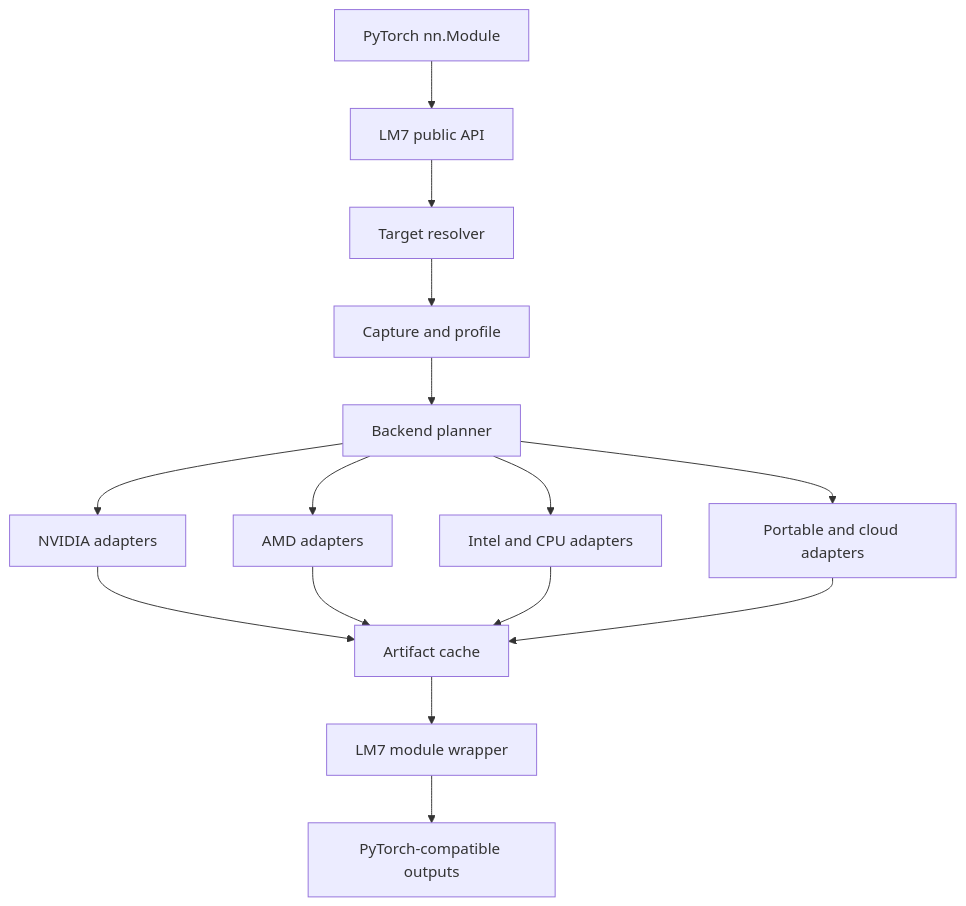
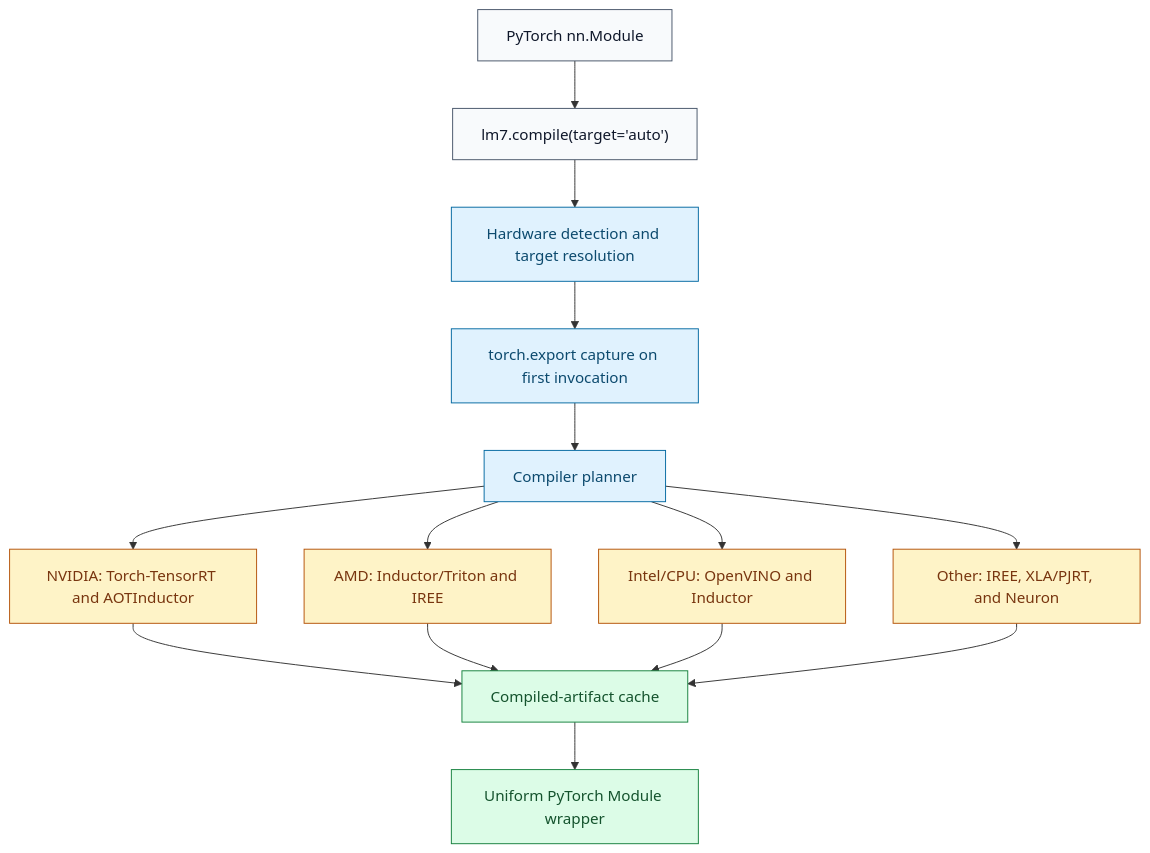
Before and after one commit to lmontigny/lm7: the first of 5 diagrams in docs/architecture_details.md, drawn with Mermaid. The commit also changed other lines of this file, not shown here.

````diff
--- a/docs/architecture_details.md
+++ b/docs/architecture_details.md
@@ -155,20 +159,35 @@
 ```mermaid
 flowchart TD
-    A["PyTorch nn.Module"] --> B["LM7 public API"]
-    B --> C["Target resolver"]
-    C --> D["Capture and profile"]
-    D --> E["Backend planner"]
+    A["PyTorch nn.Module"]
+    B["lm7.compile(target='auto')"]
+    C["Hardware detection and target resolution"]
+    D["torch.export capture on first invocation"]
+    E["Compiler planner"]
 
-    E --> F["NVIDIA adapters"]
-    E --> G["AMD adapters"]
-    E --> H["Intel and CPU adapters"]
-    E --> I["Portable and cloud adapters"]
+    A --> B
+    B --> C
+    C --> D
+    D --> E
 
-    F --> J["Artifact cache"]
+    E --> F["NVIDIA: Torch-TensorRT and AOTInductor"]
+    E --> G["AMD: Inductor/Triton and IREE"]
+    E --> H["Intel/CPU: OpenVINO and Inductor"]
+    E --> I["Other: IREE, XLA/PJRT, and Neuron"]
+
+    F --> J["Compiled-artifact cache"]
     G --> J
     H --> J
     I --> J
 
-    J --> K["LM7 module wrapper"]
-    K --> L["PyTorch-compatible outputs"]
+    J --> K["Uniform PyTorch Module wrapper"]
+
+    classDef user fill:#f8fafc,stroke:#475569,color:#0f172a
+    classDef core fill:#e0f2fe,stroke:#0369a1,color:#0c4a6e
+    classDef backend fill:#fef3c7,stroke:#b45309,color:#78350f
+    classDef runtime fill:#dcfce7,stroke:#15803d,color:#14532d
+
+    class A,B user
+    class C,D,E core
+    class F,G,H,I backend
+    class J,K runtime
 ```
````
